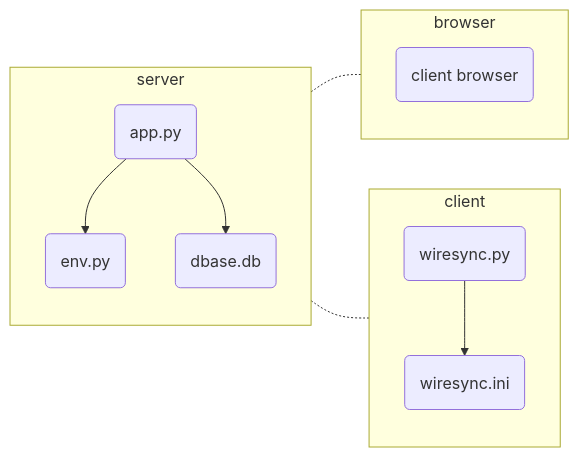
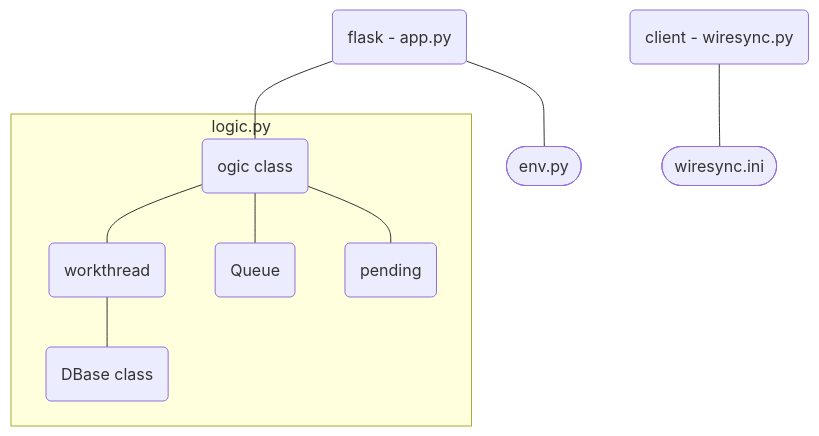
The first of 2 diagrams in README.md (pxp888/wiresync1), drawn with Mermaid before and after one commit. The commit also changed other lines of this file and 3 other files, not shown here.

Commit message:
add client class to wiresync.py

````diff
--- a/README.md
+++ b/README.md
@@ -22,22 +28,24 @@
 ```mermaid
-graph LR
-s1(app.py)
-c1(wiresync.py)
-env(env.py)
-cini(wiresync.ini)
+graph TD
+fl(flask - app.py)
+lg(ogic class)
+wt(workthread)
+cl(client - wiresync.py)
+env([env.py])
+wini([wiresync.ini])
+q(Queue)
+pd(pending)
 
-subgraph server
-s1 --> env & db(dbase.db)
+
+
+fl --- env
+fl --- lg
+
+subgraph logic.py
+    lg --- wt & q & pd
+    wt --- db(DBase class)
 end
 
-subgraph client
-c1 --> cini
-end
+cl --- wini
 
-subgraph browser
-br(client browser)
-end
-
-server -.- browser
-server -.- client
 ```
````
